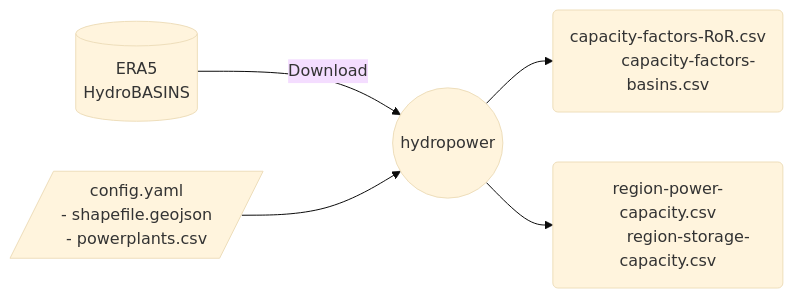
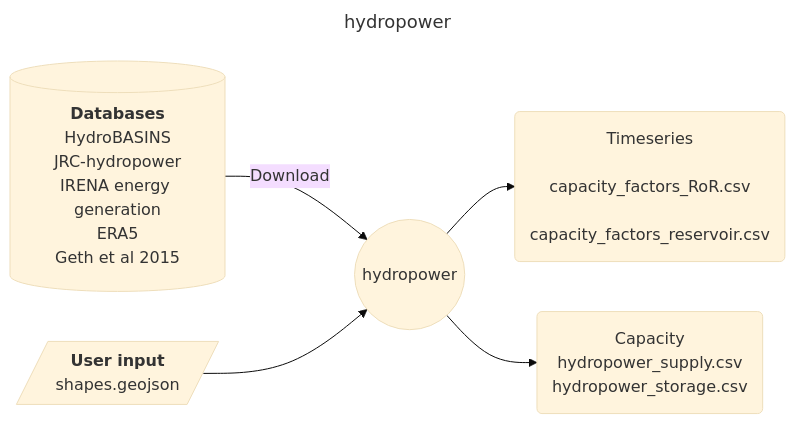
Before and after one commit to calliope-project/ec_modules: the diagram in docs/development_guide/modules.md, drawn with Mermaid (base theme). The commit also changed other lines of this file and 26 other files, not shown here.

````diff
--- a/docs/development_guide/modules.md
+++ b/docs/development_guide/modules.md
@@ -211,20 +213,27 @@
     ```mermaid
+    ---
+    title: hydropower
+    ---
     flowchart LR
-        id1[("
+        D1[("`**Databases**
+            HydroBASINS
+            JRC-hydropower
+            IRENA energy generation
             ERA5
-            HydroBASINS
-        ")] --> |Download| M
-        C[/"
-            config.yaml
-            - shapefile.geojson
-            - powerplants.csv
-        "/] -->M((hydropower))
-        M --> O1("
-            capacity-factors-RoR.csv
-            capacity-factors-basins.csv
+            Geth et al 2015
+        `")] --> |Download| M
+
+        C1[/"`**User input**
+            shapes.geojson
+        `"/] --> M((hydropower))
+
+        M --> O1("Timeseries
+            capacity_factors_RoR.csv
+            capacity_factors_reservoir.csv
             ")
-        M --> O2("
-            region-power-capacity.csv
-            region-storage-capacity.csv
+
+        M --> O2("Capacity
+            hydropower_supply.csv
+            hydropower_storage.csv
             ")
     ```
````
